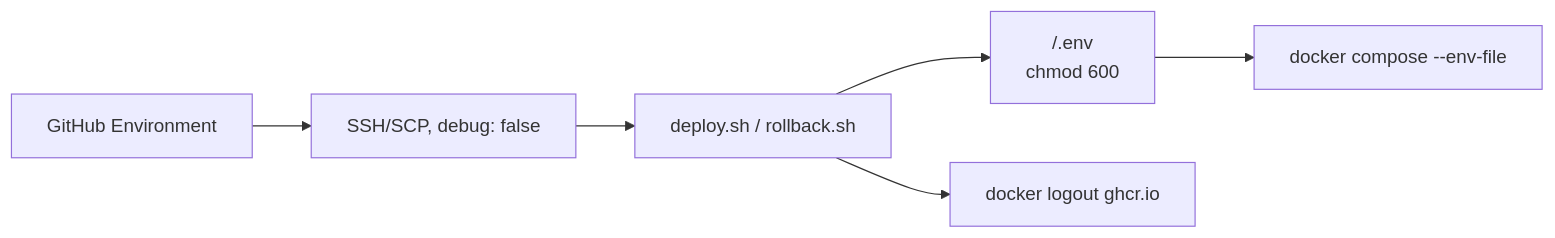
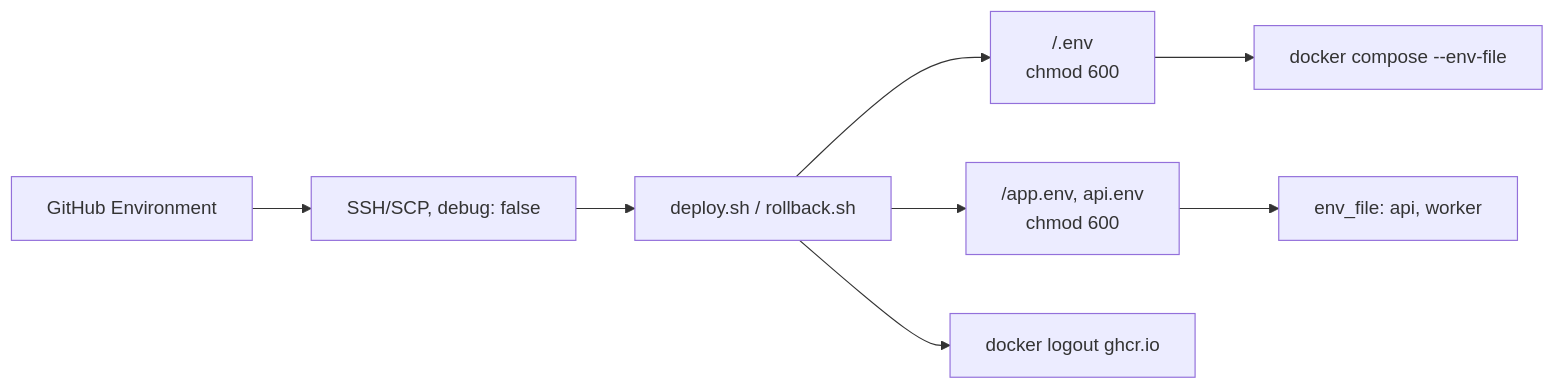
One commit to larchanka-training/dmc-268-api-t6 changed the diagram in docs/SECRETS.md. Above: the diagram before and after it, drawn with Mermaid. The commit also changed other lines of this file and 3 other files, not shown here.

````diff
--- a/docs/SECRETS.md
+++ b/docs/SECRETS.md
@@ -111,8 +146,10 @@
 ```mermaid
 flowchart LR
   gha["GitHub Environment"] --> ssh["SSH/SCP, debug: false"]
   ssh --> script["deploy.sh / rollback.sh"]
   script --> envfile["<APP_DIR>/.env\nchmod 600"]
+  script --> appenv["<APP_DIR>/app.env, api.env\nchmod 600"]
   envfile --> compose["docker compose --env-file"]
+  appenv --> compose2["env_file: api, worker"]
   script --> logout["docker logout ghcr.io"]
 ```
````
